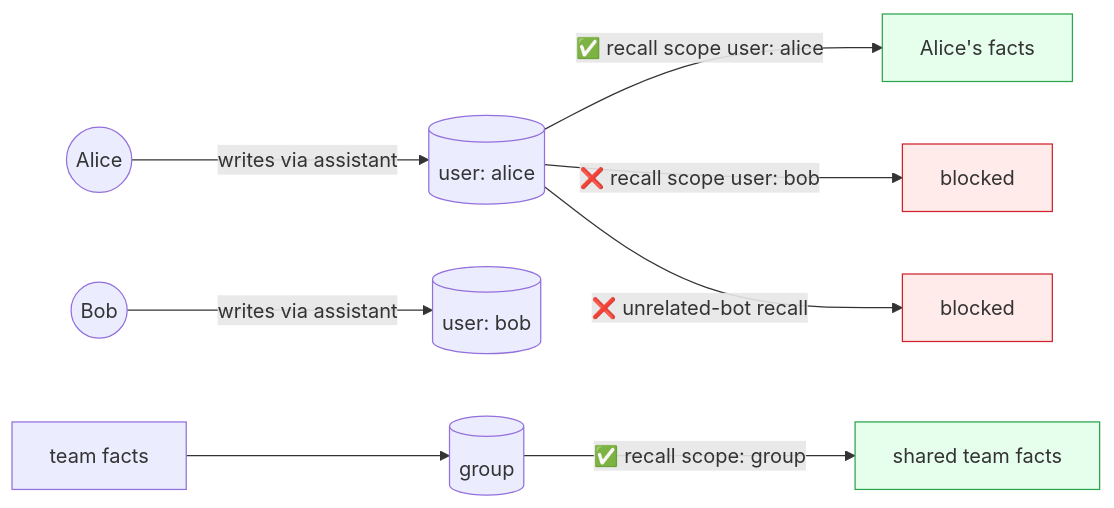
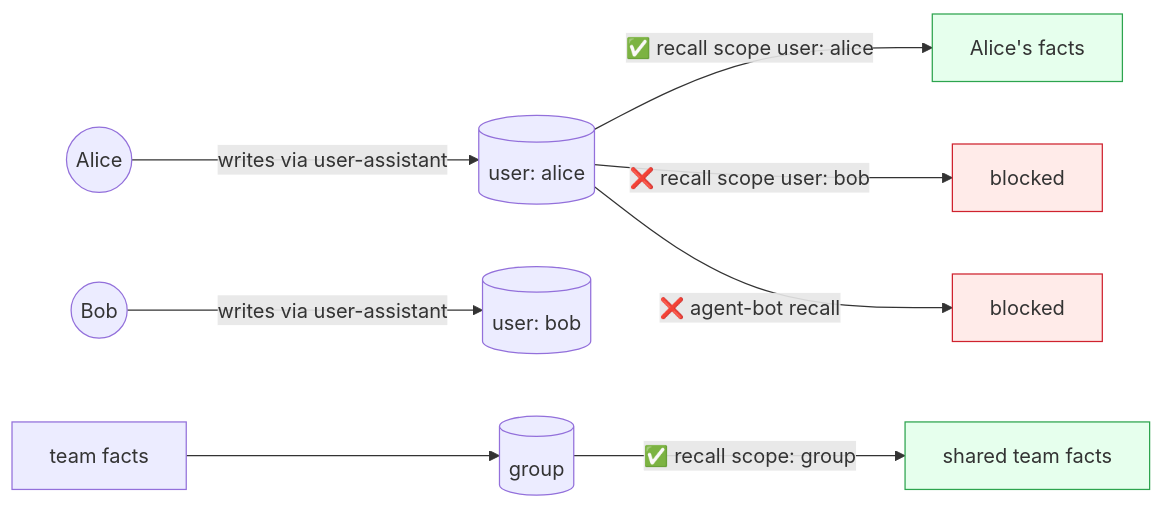
The fifth of 5 diagrams in memory/blog/BLOGPOST_DRAFT_4.md (axsaucedo/kaos-adrs), drawn with Mermaid before and after one commit. The commit also changed other lines of this file, not shown here.

````diff
--- a/memory/blog/BLOGPOST_DRAFT_4.md
+++ b/memory/blog/BLOGPOST_DRAFT_4.md
@@ -419,16 +419,16 @@
 ```mermaid
 graph LR
-  alice(("Alice")) -->|"writes via assistant"| UA[("user: alice")]
-  bob(("Bob")) -->|"writes via assistant"| UB[("user: bob")]
+  alice(("Alice")) -->|"writes via user-assistant"| UA[("user: alice")]
+  bob(("Bob")) -->|"writes via user-assistant"| UB[("user: bob")]
   team["team facts"] --> G[("group")]
 
   UA -->|"✅ recall scope user: alice"| ok1["Alice's facts"]
   UA -->|"❌ recall scope user: bob"| deny1["blocked"]
   G  -->|"✅ recall scope: group"| ok2["shared team facts"]
-  UA -->|"❌ unrelated-bot recall"| deny2["blocked"]
+  UA -->|"❌ agent-bot recall"| deny2["blocked"]
 
   classDef allow fill:#e6ffed,stroke:#2da44e;
   classDef deny fill:#ffebe9,stroke:#cf222e;
   class ok1,ok2 allow;
   class deny1,deny2 deny;
 ```
````
